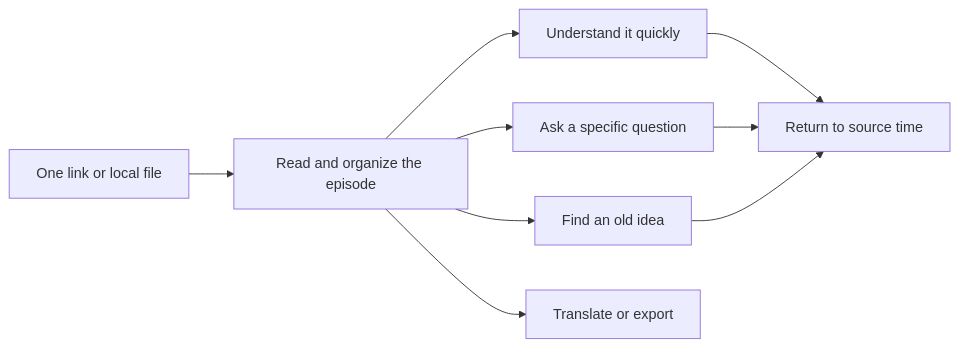
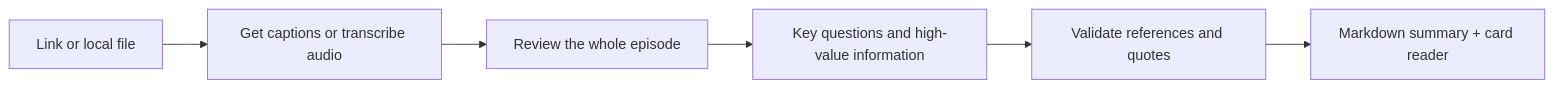
One commit to Fangx-AI/podcast-reader changed the diagram in README.en.md. Above: the diagram before and after it, drawn with Mermaid. The commit also changed other lines of this file and 27 other files, not shown here.

Commit message:
feat: focus podcast reader on concise high-value summaries

````diff
--- a/README.en.md
+++ b/README.en.md
@@ -101,11 +115,8 @@
-~~~mermaid
+```mermaid
 flowchart LR
-    A[One link or local file] --> B[Read and organize the episode]
-    B --> C[Understand it quickly]
-    B --> D[Ask a specific question]
-    B --> E[Find an old idea]
-    B --> F[Translate or export]
-    C --> G[Return to source time]
-    D --> G
-    E --> G
-~~~
+    A[Link or local file] --> B[Get captions or transcribe audio]
+    B --> C[Review the whole episode]
+    C --> D[Key questions and high-value information]
+    D --> E[Validate references and quotes]
+    E --> F[Markdown summary + card reader]
+```
````
